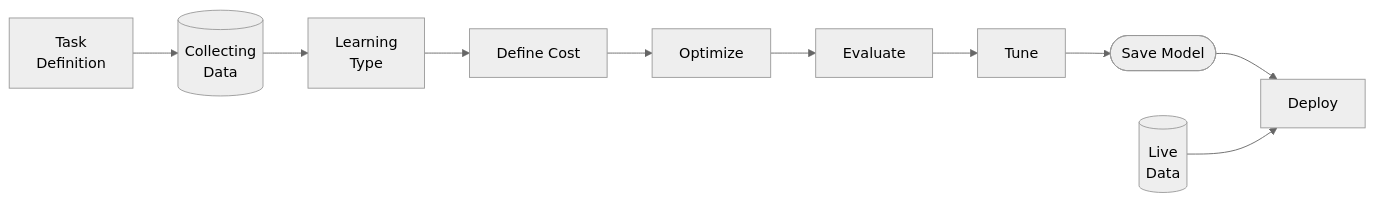
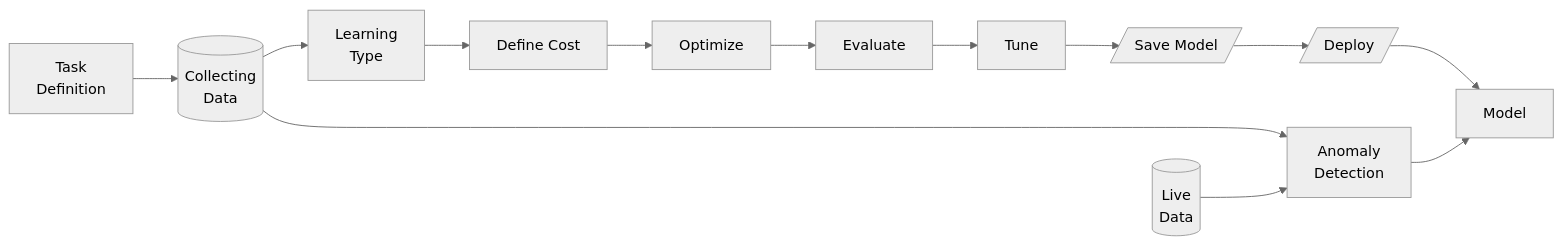
Before and after one commit to uni-notes/uni-notes: the second of 2 diagrams in docs/CS_Electives/Machine_Learning/01_Intro.md, drawn with Mermaid (neutral theme). The commit also changed other lines of this file and 544 other files, not shown here.

````diff
--- a/docs/CS_Electives/Machine_Learning/01_Intro.md
+++ b/docs/CS_Electives/Machine_Learning/01_Intro.md
@@ -41,14 +73,14 @@
 ```mermaid
 flowchart LR
 td[Task<br/>Definition] -->
 cd[(Collecting<br/>Data)] -->
 l[Learning<br/>Type] -->
 c[Define Cost] -->
 Optimize -->
 Evaluate -->
 Tune -->
-save([Save Model]) -->
-Deploy
-
-ld[(Live <br/>Data)] --> Deploy
+save[/Save Model/] -->
+d[/Deploy/] --> Model
+cd --> ad
+ld[(Live <br/>Data)] --> ad[Anomaly<br/>Detection] --> Model
 ```
````
